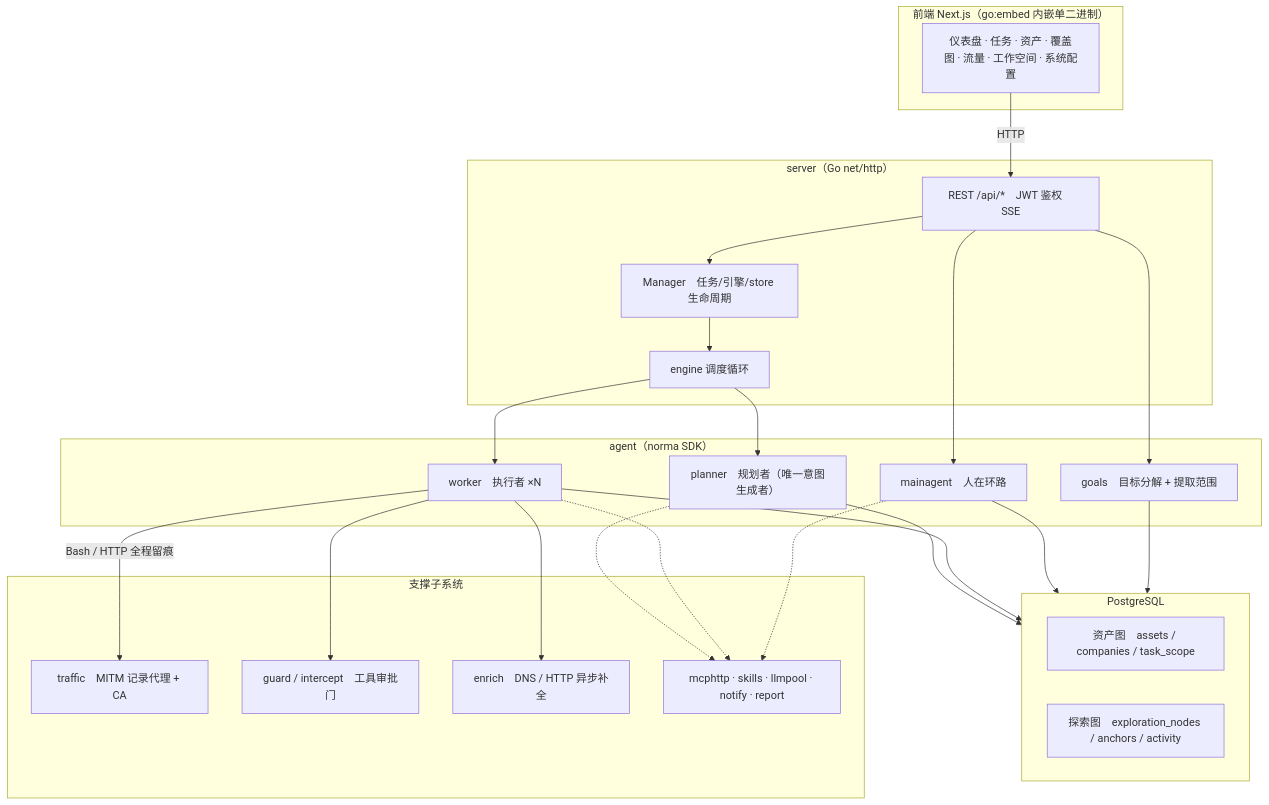
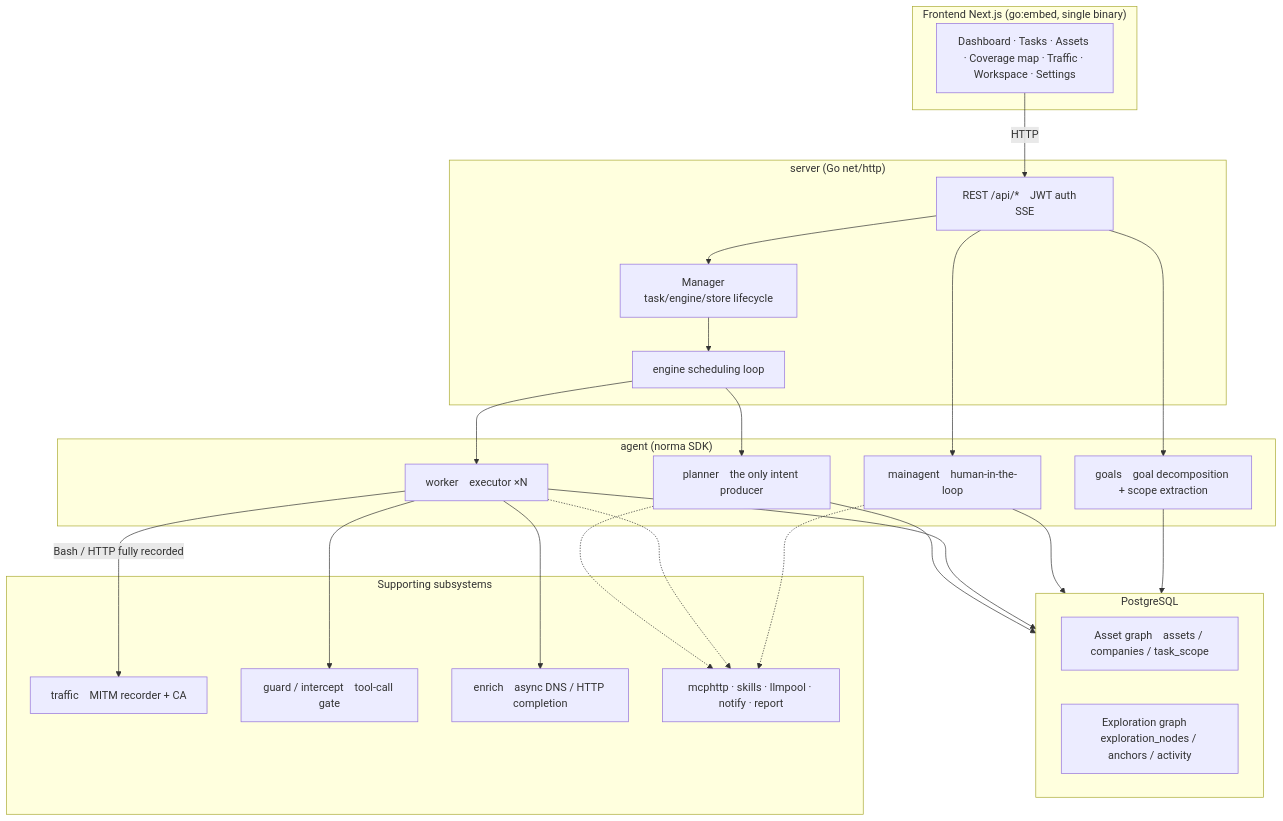
One commit to binaryninja/ART-bak changed the first of 5 diagrams in README.md. Above: the diagram before and after it, drawn with Mermaid. The commit also changed other lines of this file and 162 other files, not shown here.

````diff
--- a/README.md
+++ b/README.md
@@ -171,44 +177,44 @@
 ```mermaid
 flowchart TB
-  subgraph FE["前端 Next.js（go:embed 内嵌单二进制）"]
-    UI["仪表盘 · 任务 · 资产 · 覆盖图 · 流量 · 工作空间 · 系统配置"]
+  subgraph FE["Frontend Next.js (go:embed, single binary)"]
+    UI["Dashboard · Tasks · Assets · Coverage map · Traffic · Workspace · Settings"]
   end
-  subgraph SRV["server（Go net/http）"]
-    API["REST /api/*　JWT 鉴权　SSE"]
-    ENG["engine 调度循环"]
-    MGR["Manager　任务/引擎/store 生命周期"]
+  subgraph SRV["server (Go net/http)"]
+    API["REST /api/*　JWT auth　SSE"]
+    ENG["engine scheduling loop"]
+    MGR["Manager　task/engine/store lifecycle"]
   end
-  subgraph AG["agent（norma SDK）"]
-    GO["goals　目标分解 + 提取范围"]
-    PL["planner　规划者（唯一意图生成者）"]
-    WK["worker　执行者 ×N"]
-    MA["mainagent　人在环路"]
+  subgraph AG["agent (norma SDK)"]
+    GO["goals　goal decomposition + scope extraction"]
+    PL["planner　the only intent producer"]
+    WK["worker　executor ×N"]
+    MA["mainagent　human-in-the-loop"]
   end
   subgraph DB["PostgreSQL"]
-    AGRAPH["资产图　assets / companies / task_scope"]
-    EGRAPH["探索图　exploration_nodes / anchors / activity"]
+    AGRAPH["Asset graph　assets / companies / task_scope"]
+    EGRAPH["Exploration graph　exploration_nodes / anchors / activity"]
   end
-  subgraph SUB["支撑子系统"]
-    PROXY["traffic　MITM 记录代理 + CA"]
-    GUARD["guard / intercept　工具审批门"]
-    ENR["enrich　DNS / HTTP 异步补全"]
+  subgraph SUB["Supporting subsystems"]
+    PROXY["traffic　MITM recorder + CA"]
+    GUARD["guard / intercept　tool-call gate"]
+    ENR["enrich　async DNS / HTTP completion"]
     EXT["mcphttp · skills · llmpool · notify · report"]
   end
 
   UI -->|HTTP| API
   API --> MGR --> ENG
   ENG --> PL
   ENG --> WK
   API --> MA
   API --> GO
   PL --> DB
   WK --> DB
   MA --> DB
   GO --> DB
-  WK -->|"Bash / HTTP 全程留痕"| PROXY
+  WK -->|"Bash / HTTP fully recorded"| PROXY
   WK --> GUARD
   WK --> ENR
   PL -.-> EXT
   WK -.-> EXT
   MA -.-> EXT
 ```
````
